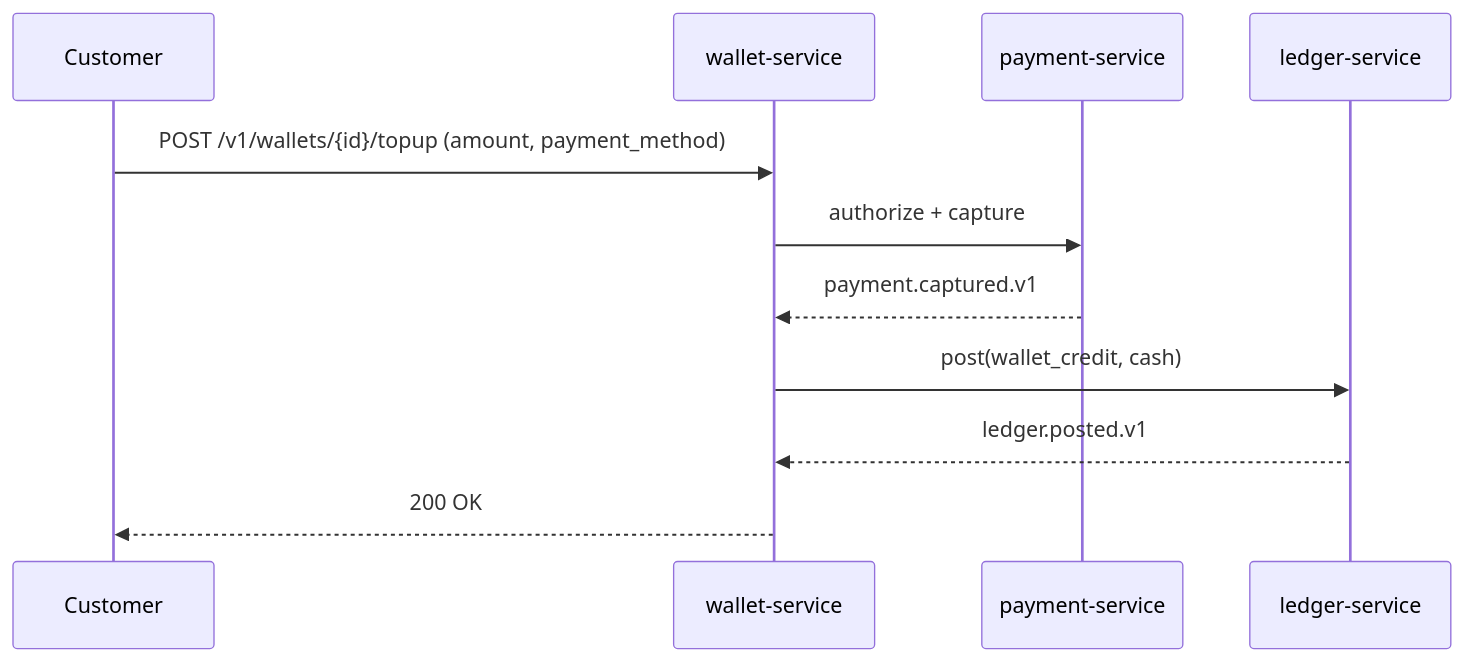
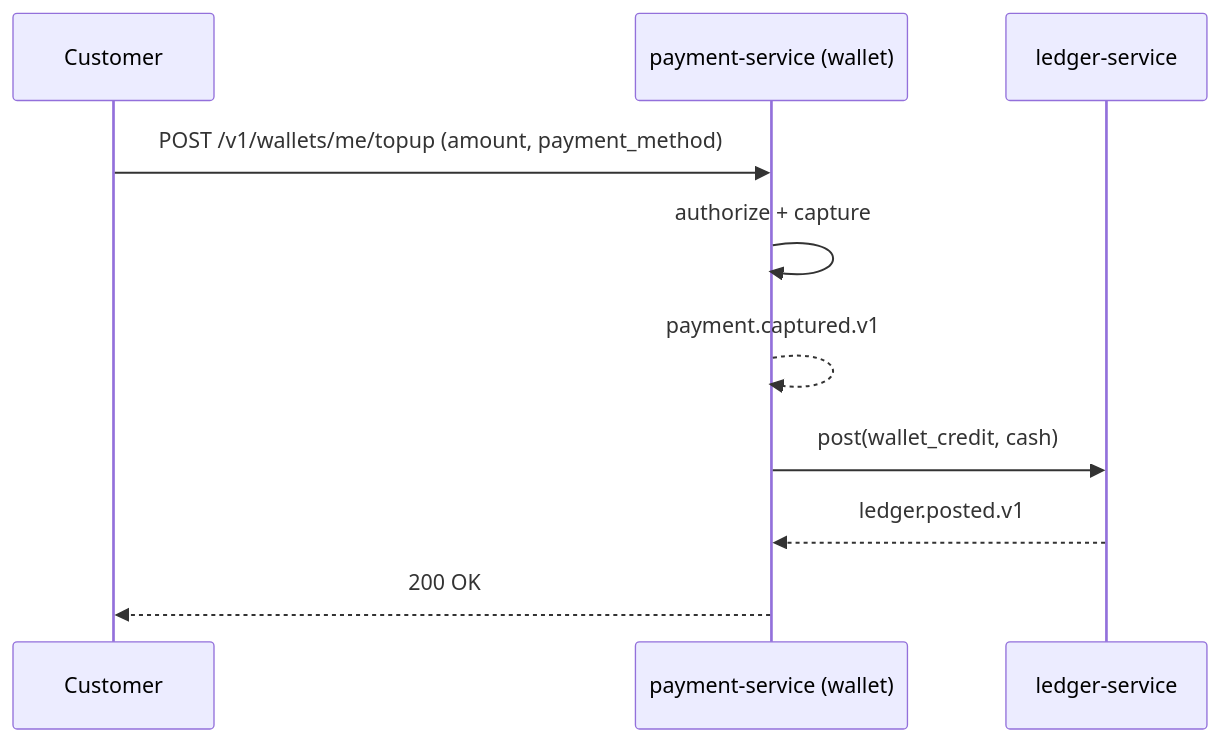
One commit to mohamedhabibwork/trips-enjoy-docs changed the seventh of 9 diagrams in docs/workflows/PAYMENT_WORKFLOWS.md. Above: the diagram before and after it, drawn with Mermaid. The commit also changed other lines of this file and 525 other files, not shown here.

````diff
--- a/docs/workflows/PAYMENT_WORKFLOWS.md
+++ b/docs/workflows/PAYMENT_WORKFLOWS.md
@@ -190,14 +186,13 @@
 ```mermaid
 sequenceDiagram
     participant C as Customer
-    participant WLT as wallet-service
-    participant PAY as payment-service
+    participant PAY as payment-service (wallet)
     participant LD as ledger-service
 
-    C->>WLT: POST /v1/wallets/{id}/topup (amount, payment_method)
-    WLT->>PAY: authorize + capture
-    PAY-->>WLT: payment.captured.v1
-    WLT->>LD: post(wallet_credit, cash)
-    LD-->>WLT: ledger.posted.v1
-    WLT-->>C: 200 OK
+    C->>PAY: POST /v1/wallets/me/topup (amount, payment_method)
+    PAY->>PAY: authorize + capture
+    PAY-->>PAY: payment.captured.v1
+    PAY->>LD: post(wallet_credit, cash)
+    LD-->>PAY: ledger.posted.v1
+    PAY-->>C: 200 OK
 ```
````
